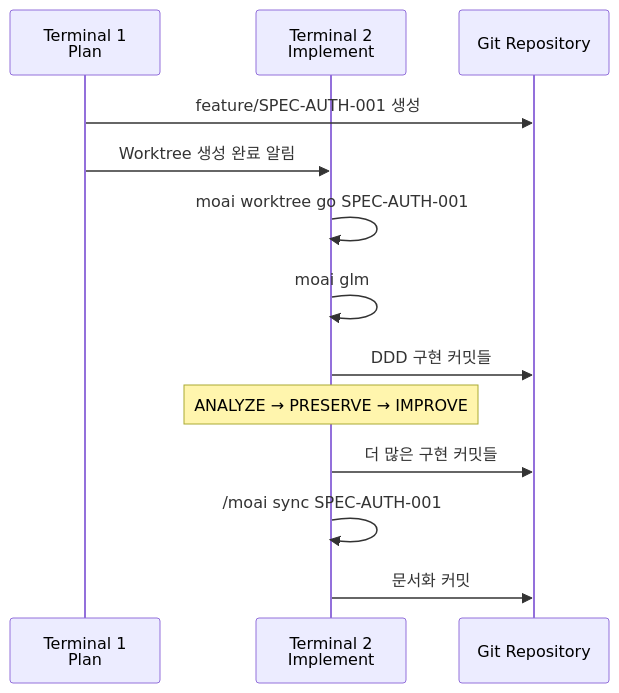
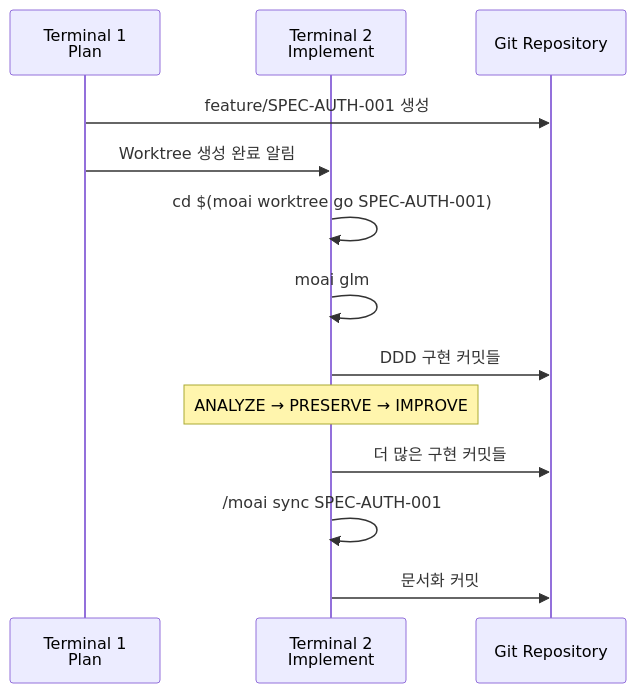
The sixth of 10 diagrams in docs-site/content/ko/worktree/guide.md (modu-ai/moai-adk), drawn with Mermaid before and after one commit. The commit also changed other lines of this file and 18 other files, not shown here.

First line of the commit message:
docs(SPEC-DOCS-WTRGO-001): fix worktree go navigation + document switch (en/ko/ja/zh)

````diff
--- a/docs-site/content/ko/worktree/guide.md
+++ b/docs-site/content/ko/worktree/guide.md
@@ -504,18 +504,18 @@
 ```mermaid
 sequenceDiagram
     participant T1 as Terminal 1<br/>Plan
     participant T2 as Terminal 2<br/>Implement
     participant Git as Git Repository
 
     T1->>Git: feature/SPEC-AUTH-001 생성
     T1->>T2: Worktree 생성 완료 알림
 
-    T2->>T2: moai worktree go SPEC-AUTH-001
+    T2->>T2: cd $(moai worktree go SPEC-AUTH-001)
     T2->>T2: moai glm
     T2->>Git: DDD 구현 커밋들
     Note over T2: ANALYZE → PRESERVE → IMPROVE
 
     T2->>Git: 더 많은 구현 커밋들
     T2->>T2: /moai sync SPEC-AUTH-001
     T2->>Git: 문서화 커밋
 ```
````
